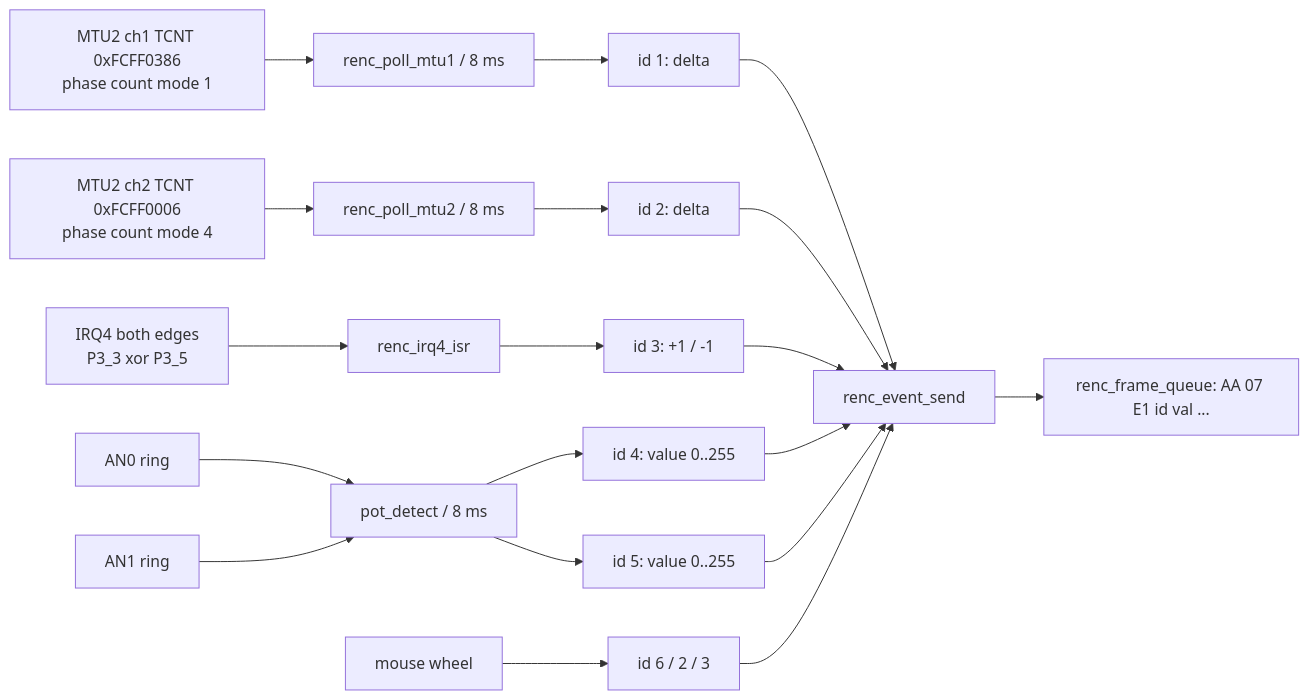
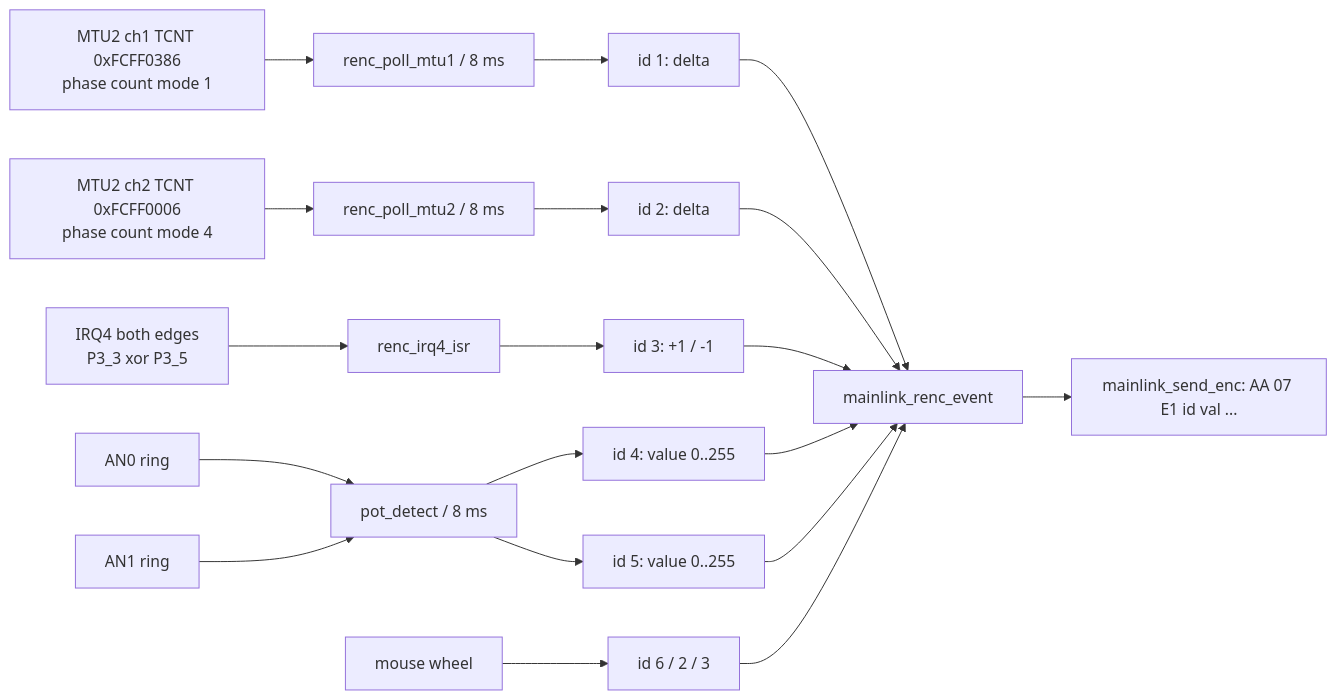
One commit to Reid-n0rc/FT-710_Firmware changed the second of 5 diagrams in docs/code/display/input.md. Above: the diagram before and after it, drawn with Mermaid. The commit also changed other lines of this file and 29 other files, not shown here.

````diff
--- a/docs/code/display/input.md
+++ b/docs/code/display/input.md
@@ -191,10 +190,10 @@
 ```mermaid
 flowchart LR
   M1["MTU2 ch1 TCNT 0xFCFF0386<br/>phase count mode 1"] --> P1["renc_poll_mtu1 / 8 ms"] --> R1["id 1: delta"]
   M2["MTU2 ch2 TCNT 0xFCFF0006<br/>phase count mode 4"] --> P2["renc_poll_mtu2 / 8 ms"] --> R2["id 2: delta"]
   I4["IRQ4 both edges<br/>P3_3 xor P3_5"] --> IS["renc_irq4_isr"] --> R3["id 3: +1 / -1"]
   A0["AN0 ring"] --> PD["pot_detect / 8 ms"] --> R5["id 5: value 0..255"]
   A1["AN1 ring"] --> PD --> R4["id 4: value 0..255"]
   W["mouse wheel"] --> R6["id 6 / 2 / 3"]
-  R1 & R2 & R3 & R4 & R5 & R6 --> S["renc_event_send"] --> Q["renc_frame_queue: AA 07 E1 id val ..."]
+  R1 & R2 & R3 & R4 & R5 & R6 --> S["mainlink_renc_event"] --> Q["mainlink_send_enc: AA 07 E1 id val ..."]
 ```
````
